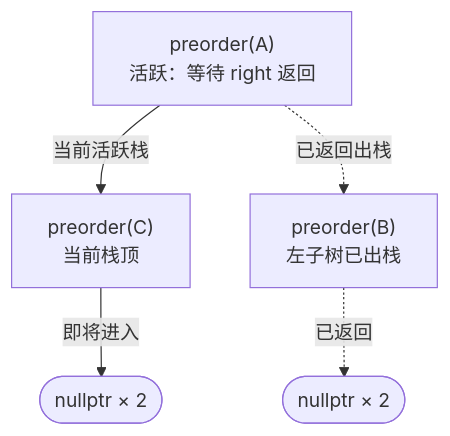
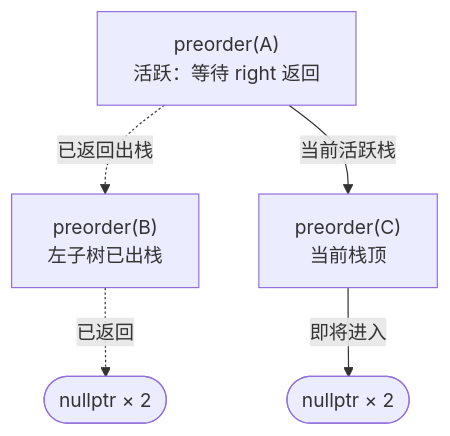
The first of 2 diagrams in content/posts/understanding-recursion.md (fordelkon/delkon.us.kg), drawn with Mermaid before and after one commit. The commit also changed 49 other files, not shown here.

````diff
--- a/content/posts/understanding-recursion.md
+++ b/content/posts/understanding-recursion.md
@@ -93,11 +93,11 @@
 ```mermaid title="preorder(&root) 的调用树与访问 C 时的活跃调用栈" description="实线边是访问 C 节点瞬间仍留在调用栈上的活跃路径（A 暂停在 right 调用处等待，C 在栈顶）；虚线边表示左子树 B 及其空子调用均已完成并出栈，不会与 C 同时占住调用栈。"
 flowchart TB
- callA["preorder(A)<br/>活跃：等待 right 返回"] -->|当前活跃栈| callC["preorder(C)<br/>当前栈顶"]
- callA -.->|已返回出栈| callB["preorder(B)<br/>左子树已出栈"]
+ callA["preorder(A)<br/>活跃：等待 right 返回"] -.->|已返回出栈| callB["preorder(B)<br/>左子树已出栈"]
+ callA -->|当前活跃栈| callC["preorder(C)<br/>当前栈顶"]
  callB -.->|已返回| bNullL(["nullptr × 2"])
  callC -->|即将进入| cNull(["nullptr × 2"])
  class callA actor
  class callC state
  class callB,bNullL result
  class cNull resource
 ```
````
